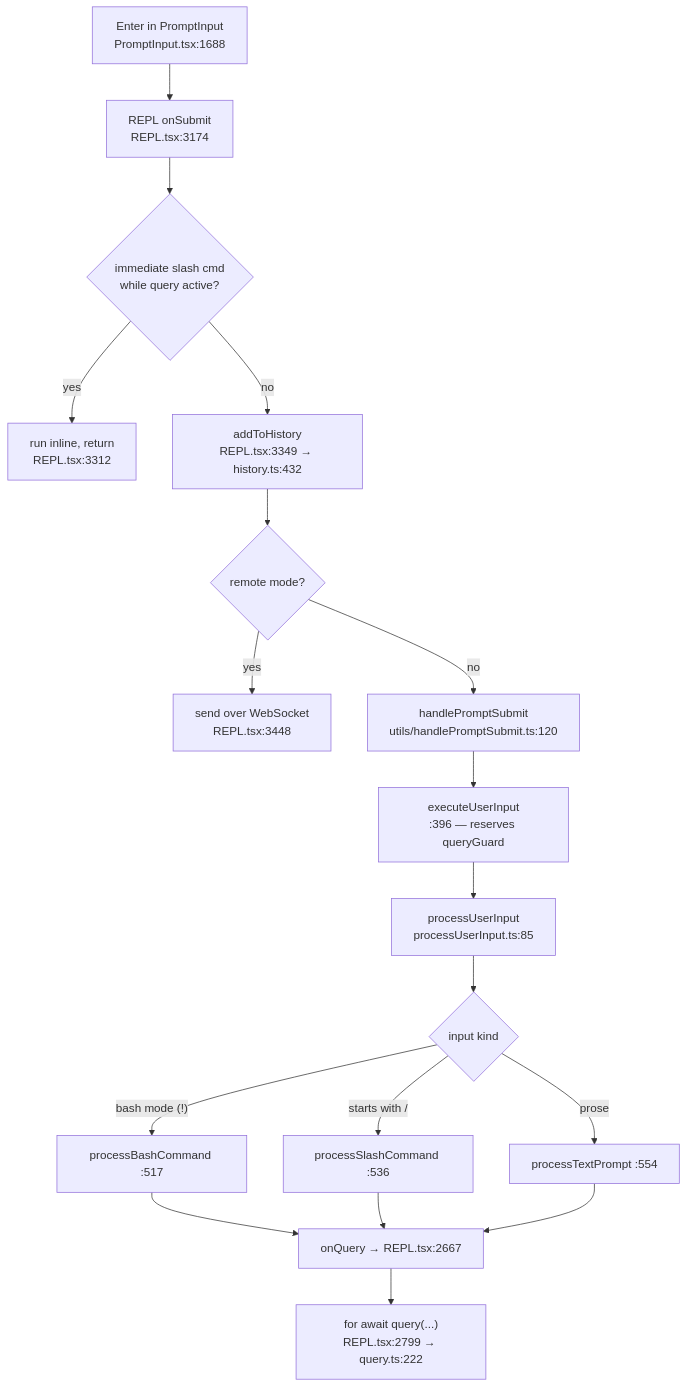
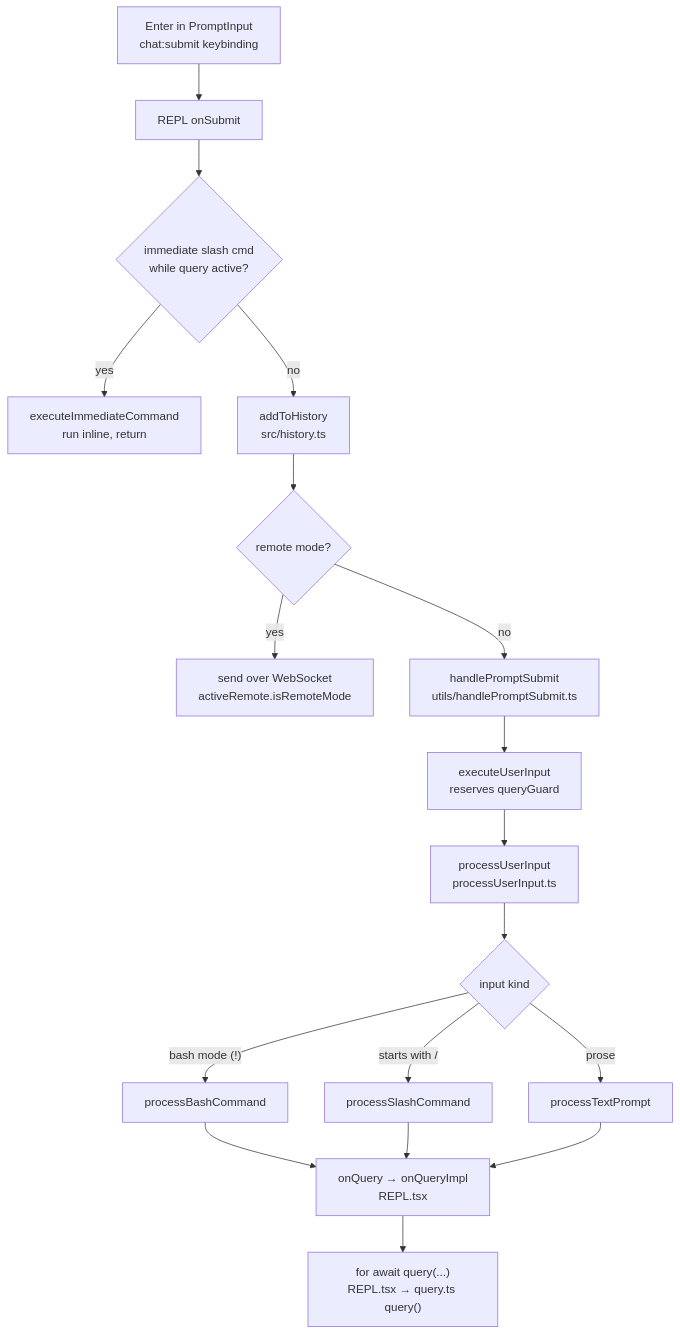
The third of 8 diagrams in docs/ARCHITECTURE.md (cristianizzo/axa-chat), drawn with Mermaid before and after one commit. The commit also changed other lines of this file, not shown here.

First line of the commit message:
docs: cite ARCHITECTURE.md by name instead of by line number

````diff
--- a/docs/ARCHITECTURE.md
+++ b/docs/ARCHITECTURE.md
@@ -124,20 +140,20 @@
 ```mermaid
 flowchart TD
-    A["Enter in PromptInput<br/>PromptInput.tsx:1688"] --> B["REPL onSubmit<br/>REPL.tsx:3174"]
+    A["Enter in PromptInput<br/>chat:submit keybinding"] --> B["REPL onSubmit"]
     B --> C{"immediate slash cmd<br/>while query active?"}
-    C -->|yes| C1["run inline, return<br/>REPL.tsx:3312"]
-    C -->|no| D["addToHistory<br/>REPL.tsx:3349 → history.ts:432"]
+    C -->|yes| C1["executeImmediateCommand<br/>run inline, return"]
+    C -->|no| D["addToHistory<br/>src/history.ts"]
     D --> E{"remote mode?"}
-    E -->|yes| E1["send over WebSocket<br/>REPL.tsx:3448"]
-    E -->|no| F["handlePromptSubmit<br/>utils/handlePromptSubmit.ts:120"]
-    F --> G["executeUserInput<br/>:396 — reserves queryGuard"]
-    G --> H["processUserInput<br/>processUserInput.ts:85"]
+    E -->|yes| E1["send over WebSocket<br/>activeRemote.isRemoteMode"]
+    E -->|no| F["handlePromptSubmit<br/>utils/handlePromptSubmit.ts"]
+    F --> G["executeUserInput<br/>reserves queryGuard"]
+    G --> H["processUserInput<br/>processUserInput.ts"]
     H --> I{"input kind"}
-    I -->|"bash mode (!)"| I1["processBashCommand :517"]
-    I -->|"starts with /"| I2["processSlashCommand :536"]
-    I -->|prose| I3["processTextPrompt :554"]
-    I1 --> J["onQuery → REPL.tsx:2667"]
+    I -->|"bash mode (!)"| I1["processBashCommand"]
+    I -->|"starts with /"| I2["processSlashCommand"]
+    I -->|prose| I3["processTextPrompt"]
+    I1 --> J["onQuery → onQueryImpl<br/>REPL.tsx"]
     I2 --> J
     I3 --> J
-    J --> K["for await query(...)<br/>REPL.tsx:2799 → query.ts:222"]
+    J --> K["for await query(...)<br/>REPL.tsx → query.ts query()"]
 ```
````
